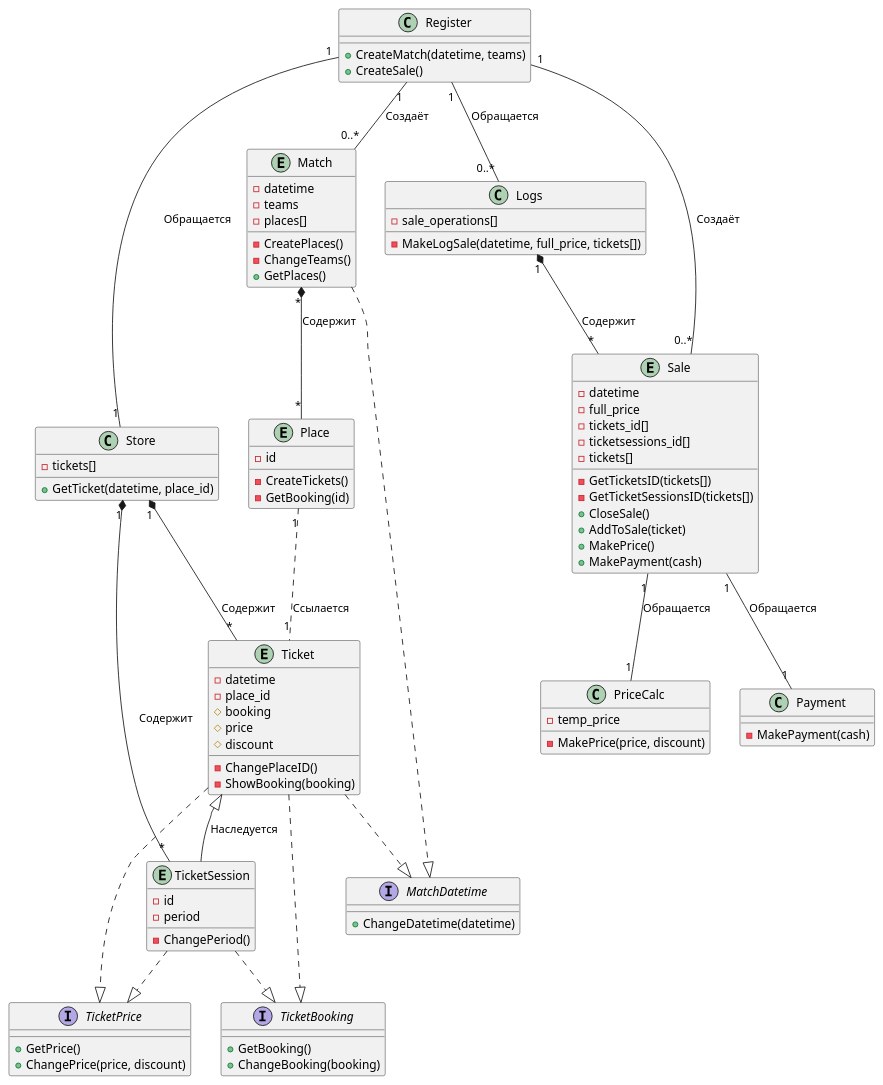
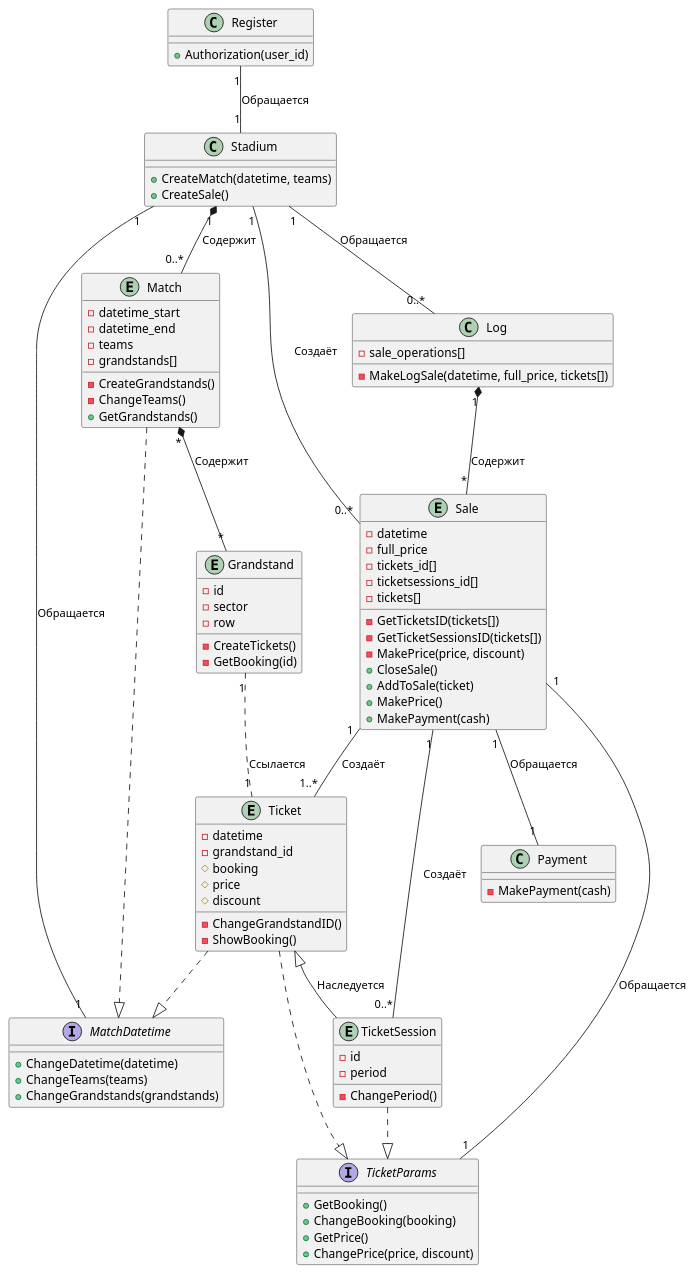
Before and after one commit to penamarth/bsbo-03-23_team4_var10_football: the diagram in Модель предметной области.md, drawn with PlantUML. The commit also changed 1 other file, not shown here.

Commit message:
Фикс модели предметной области и словаря терминов

````diff
--- a/Модель предметной области.md
+++ b/Модель предметной области.md
@@ -1,45 +1,47 @@
 ```plantuml
 @startuml
 class Register
+{
+    + Authorization(user_id)
+}
+class Stadium
 {
     + CreateMatch(datetime, teams)
     + CreateSale()
 }
 entity Match
 {
-    - datetime
+    - datetime_start
+    - datetime_end
     - teams
-    - places[]
-    - CreatePlaces()
+    - grandstands[]
+    - CreateGrandstands()
     - ChangeTeams()
-    + GetPlaces()
+    + GetGrandstands()
 }
-entity Place
+entity Grandstand
 {
     - id
+    - sector
+    - row
     - CreateTickets()
     - GetBooking(id)
 }
 entity Ticket
 {
     - datetime
-    - place_id
+    - grandstand_id
     # booking
     # price
     # discount
-    - ChangePlaceID()
-    - ShowBooking(booking)
+    - ChangeGrandstandID()
+    - ShowBooking()
 }
 entity TicketSession
 {
     - id
     - period
     - ChangePeriod()
-}
-class Store
-{
-    - tickets[]
-    + GetTicket(datetime, place_id)
 }
 entity Sale
 {
@@ -50,21 +52,17 @@
     - tickets[]
     - GetTicketsID(tickets[])
     - GetTicketSessionsID(tickets[])
+    - MakePrice(price, discount)
     + CloseSale()
     + AddToSale(ticket)
     + MakePrice()
     + MakePayment(cash)
 }
-class PriceCalc
-{
-    - temp_price
-    - MakePrice(price, discount)
-}
 class Payment
 {
     - MakePayment(cash)
 }
-class Logs
+class Log
 {
     - sale_operations[]
     - MakeLogSale(datetime, full_price, tickets[])
@@ -74,41 +72,38 @@
 interface MatchDatetime
 {
     + ChangeDatetime(datetime)
+    + ChangeTeams(teams)
+    + ChangeGrandstands(grandstands)
 }
-interface TicketBooking
+interface TicketParams
 {
     + GetBooking()
     + ChangeBooking(booking)
-}
-interface TicketPrice
-{
     + GetPrice()
     + ChangePrice(price, discount)
 }
 
+Register "1" -- "1" Stadium : Обращается
+Stadium "1" *-- "0..*" Match : Содержит
+Stadium "1" -- "0..*" Sale : Создаёт
+Stadium "1" -- "0..*" Log : Обращается
+Stadium "1" -- "1" MatchDatetime : Обращается
 
-Register "1" -- "0..*" Match : Создаёт
-Register "1" -- "1" Store : Обращается
-Register "1" -- "0..*" Sale : Создаёт
-Register "1" -- "0..*" Logs : Обращается
+Match "*" *-- "*" Grandstand : Содержит
+Ticket <|-- TicketSession : Наследуется
+Grandstand "1" .. "1" Ticket : Ссылается
 
-Match "*" *-- "*" Place : Содержит
-Ticket <|-- TicketSession : Наследуется
-Place "1" .. "1" Ticket : Ссылается
+Sale "1" -- "1" Payment : Обращается
+Sale "1" -- "1..*" Ticket : Создаёт
+Sale "1" -- "0..*" TicketSession : Создаёт
+Sale "1" -- "1" TicketParams : Обращается
 
-Store "1" *-- "*" Ticket : Содержит
-Store "1" *-- "*" TicketSession : Содержит
-
-Sale "1" -- "1" PriceCalc : Обращается
-Sale "1" -- "1" Payment : Обращается
-Logs "1" *-- "*" Sale : Содержит
+Log "1" *-- "*" Sale : Содержит
 
 Match ..|> MatchDatetime
 Ticket ..|> MatchDatetime
 
-Ticket ..|> TicketBooking
-TicketSession ..|> TicketBooking
-Ticket ..|> TicketPrice
-TicketSession ..|> TicketPrice
+Ticket ..|> TicketParams
+TicketSession ..|> TicketParams
 @enduml
 ```
````
